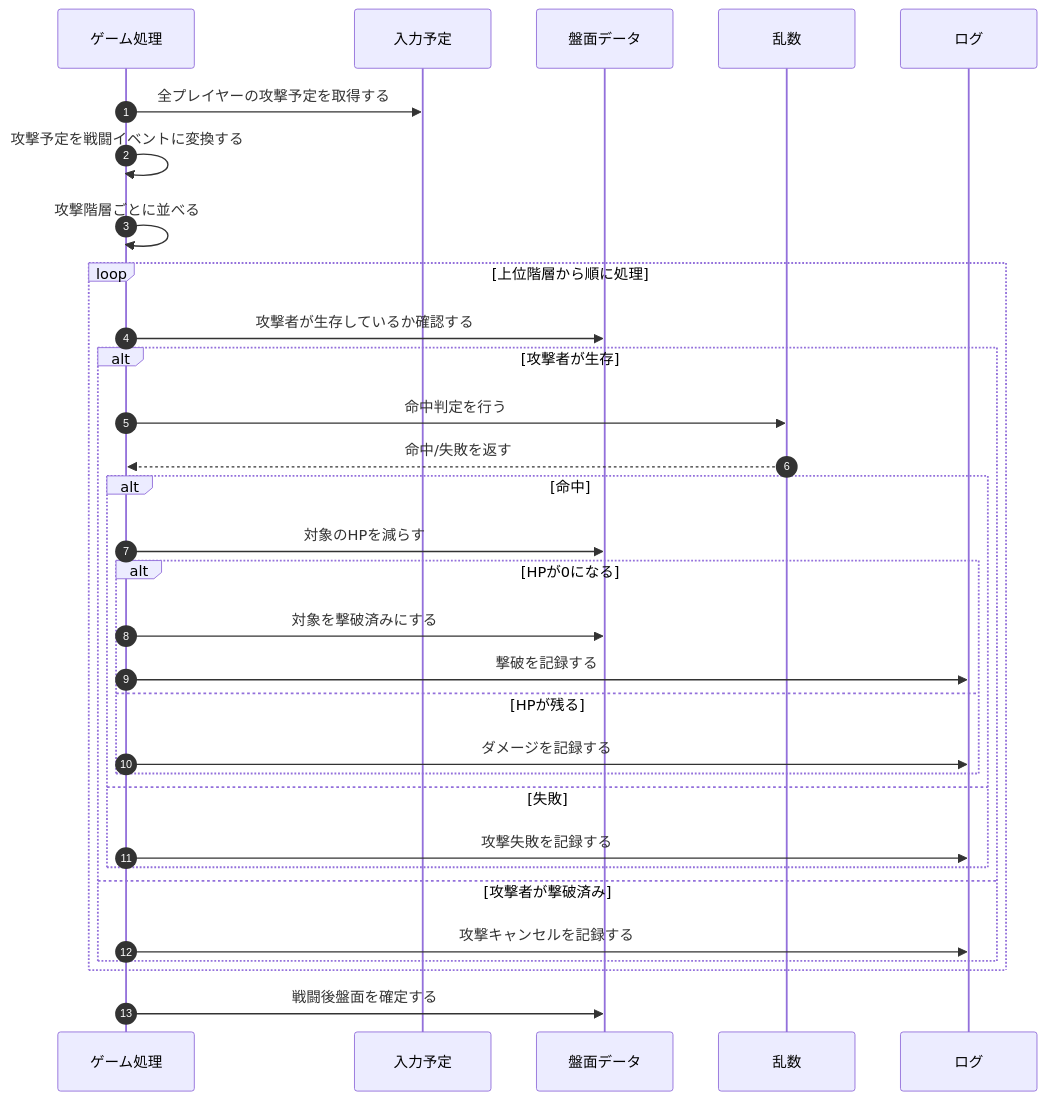
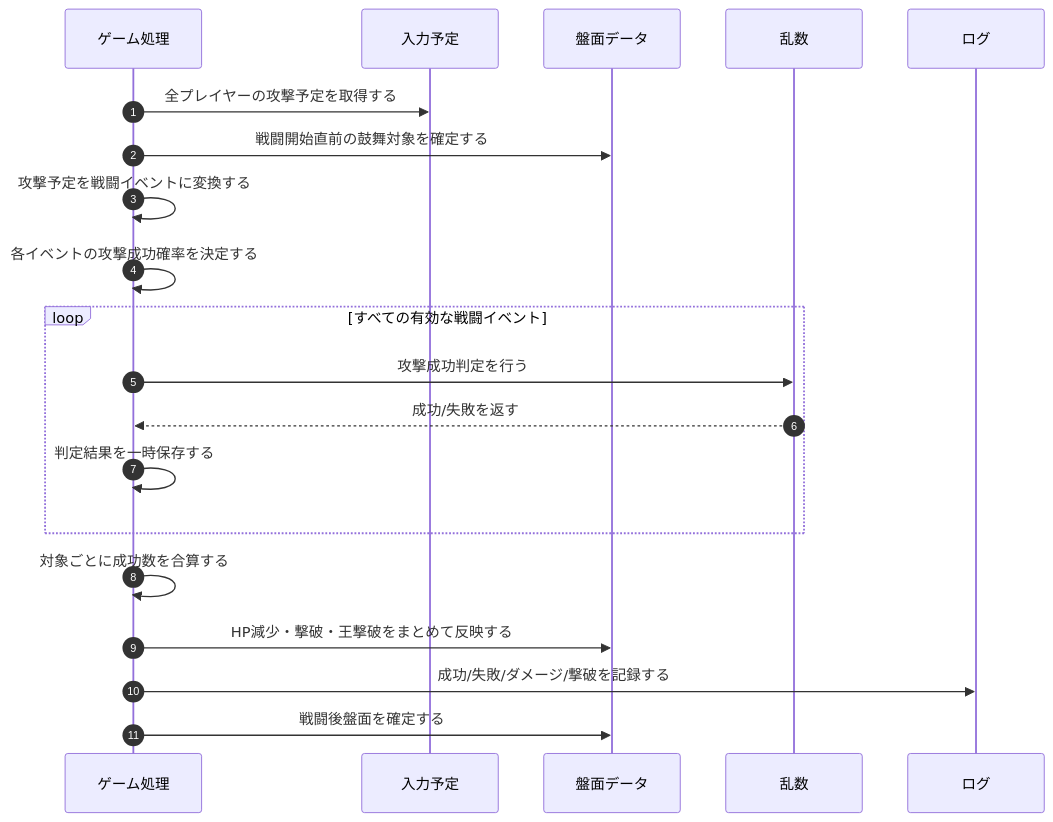
Before and after one commit to YoshimatsuKeisei/Tactical-hub: the seventh of 11 diagrams in sequence_diagrams_simple_v0.2.md, drawn with Mermaid. The commit also changed other lines of this file and 14 other files, not shown here.

````diff
--- a/sequence_diagrams_simple_v0.2.md
+++ b/sequence_diagrams_simple_v0.2.md
@@ -226,38 +268,25 @@
 ```mermaid
 sequenceDiagram
     autonumber
     participant App as ゲーム処理
     participant Plan as 入力予定
     participant State as 盤面データ
     participant Dice as 乱数
     participant Log as ログ
 
     App->>Plan: 全プレイヤーの攻撃予定を取得する
+    App->>State: 戦闘開始直前の鼓舞対象を確定する
     App->>App: 攻撃予定を戦闘イベントに変換する
-    App->>App: 攻撃階層ごとに並べる
+    App->>App: 各イベントの攻撃成功確率を決定する
 
-    loop 上位階層から順に処理
-        App->>State: 攻撃者が生存しているか確認する
-
-        alt 攻撃者が生存
-            App->>Dice: 命中判定を行う
-            Dice-->>App: 命中/失敗を返す
-
-            alt 命中
-                App->>State: 対象のHPを減らす
-                alt HPが0になる
-                    App->>State: 対象を撃破済みにする
-                    App->>Log: 撃破を記録する
-                else HPが残る
-                    App->>Log: ダメージを記録する
-                end
-            else 失敗
-                App->>Log: 攻撃失敗を記録する
-            end
-        else 攻撃者が撃破済み
-            App->>Log: 攻撃キャンセルを記録する
-        end
+    loop すべての有効な戦闘イベント
+        App->>Dice: 攻撃成功判定を行う
+        Dice-->>App: 成功/失敗を返す
+        App->>App: 判定結果を一時保存する
     end
 
+    App->>App: 対象ごとに成功数を合算する
+    App->>State: HP減少・撃破・王撃破をまとめて反映する
+    App->>Log: 成功/失敗/ダメージ/撃破を記録する
     App->>State: 戦闘後盤面を確定する
 ```
````
